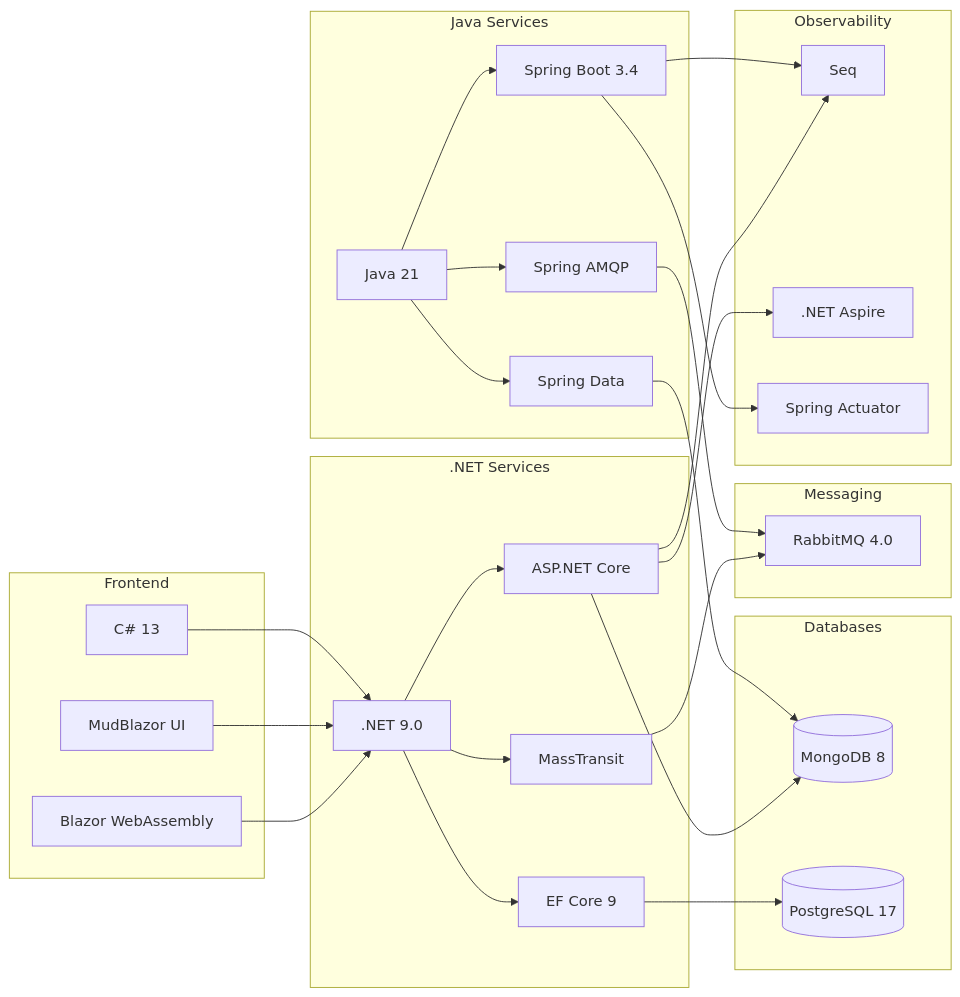
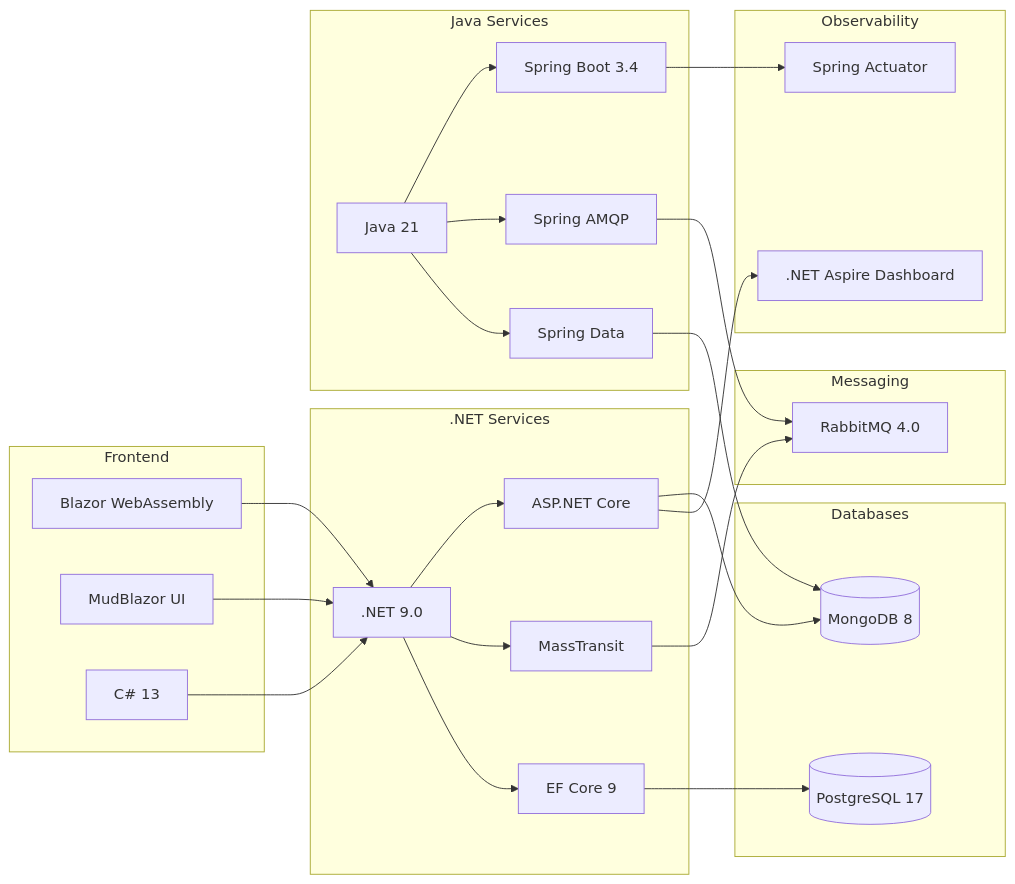
One commit to joriente/microservices changed the second of 15 diagrams in docs/Architecture-Diagrams.md. Above: the diagram before and after it, drawn with Mermaid. The commit also changed other lines of this file and 12 other files, not shown here.

````diff
--- a/docs/Architecture-Diagrams.md
+++ b/docs/Architecture-Diagrams.md
@@ -86,46 +83,45 @@
 ```mermaid
 flowchart LR
     subgraph "Frontend"
         FE1[Blazor WebAssembly]
         FE2[MudBlazor UI]
         FE3["C&num; 13"]
     end
     
     subgraph ".NET Services"
         BE1[.NET 9.0]
         BE2[ASP.NET Core]
         BE3[MassTransit]
         BE4[EF Core 9]
     end
     
     subgraph "Java Services"
         JA1[Java 21]
         JA2[Spring Boot 3.4]
         JA3[Spring AMQP]
         JA4[Spring Data]
     end
     
     subgraph "Databases"
         DB1[(MongoDB 8)]
         DB2[(PostgreSQL 17)]
     end
     
     subgraph "Messaging"
         MSG[RabbitMQ 4.0]
     end
     
     subgraph "Observability"
-        OBS1[Seq]
-        OBS2[.NET Aspire]
+        OBS2[.NET Aspire Dashboard]
         OBS3[Spring Actuator]
     end
     
     FE1 & FE2 & FE3 --> BE1
     BE1 --> BE2 & BE3 & BE4
     JA1 --> JA2 & JA3 & JA4
     BE3 & JA3 --> MSG
     BE4 --> DB2
     BE2 & JA4 --> DB1
-    BE2 --> OBS1 & OBS2
-    JA2 --> OBS1 & OBS3
+    BE2 --> OBS2
+    JA2 --> OBS3
 ```
````
